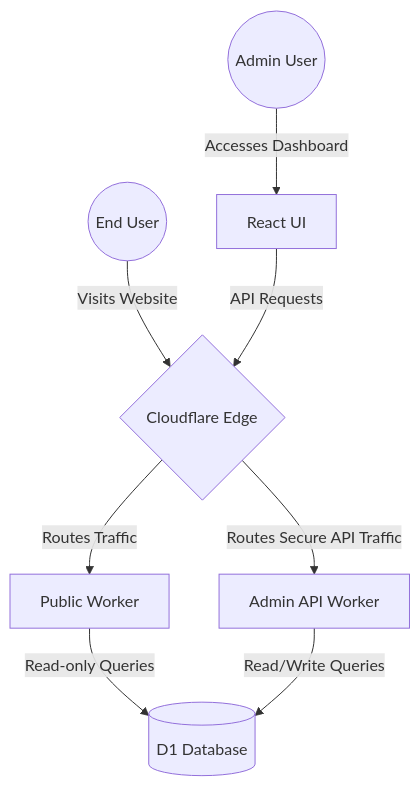
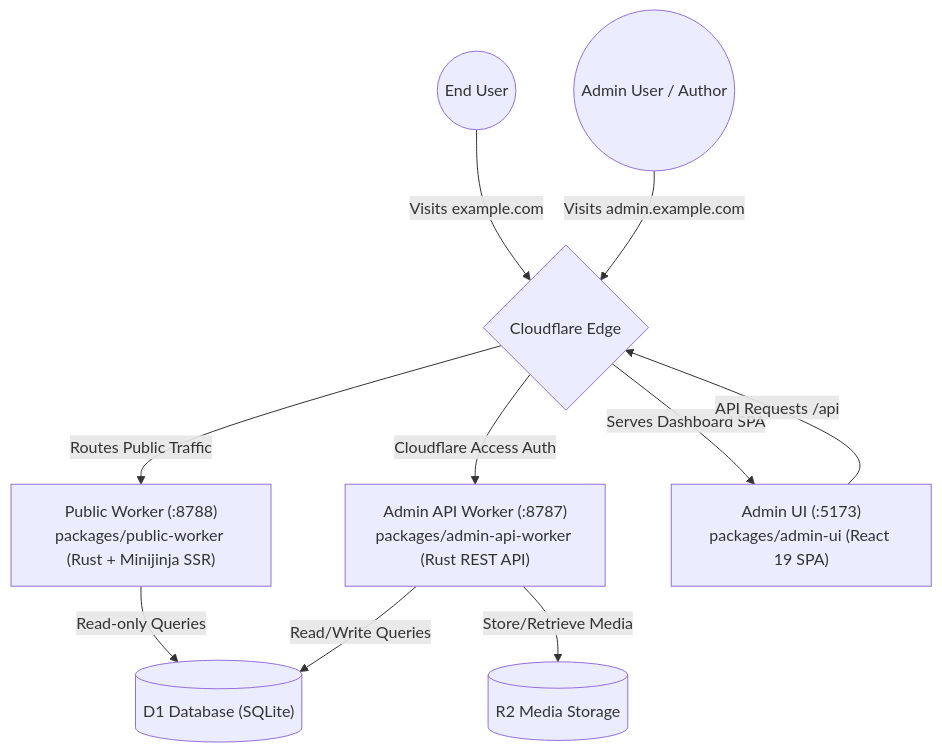
One commit to rjspencer/zygo-cms changed the diagram in docs/official/introduction.md. Above: the diagram before and after it, drawn with Mermaid. The commit also changed other lines of this file and 6 other files, not shown here.

Commit message:
docs(official): reconcile quickstart, architecture, and D1 data model

````diff
--- a/docs/official/introduction.md
+++ b/docs/official/introduction.md
@@ -34,20 +37,23 @@
 ```mermaid
 flowchart TD
     EndUser(("End User"))
-    AdminUser(("Admin User"))
+    AdminUser(("Admin User / Author"))
     
     CloudflareEdge{"Cloudflare Edge"}
-    PublicWorker["Public Worker"]
-    AdminAPIWorker["Admin API Worker"]
-    ReactUI["React UI"]
-    D1Database[("D1 Database")]
+    PublicWorker["Public Worker (:8788)\npackages/public-worker (Rust + Minijinja SSR)"]
+    AdminAPIWorker["Admin API Worker (:8787)\npackages/admin-api-worker (Rust REST API)"]
+    AdminUI["Admin UI (:5173)\npackages/admin-ui (React 19 SPA)"]
+    D1Database[("D1 Database (SQLite)")]
+    R2Storage[("R2 Media Storage")]
 
-    EndUser -->|Visits Website| CloudflareEdge
-    CloudflareEdge -->|Routes Traffic| PublicWorker
+    EndUser -->|Visits example.com| CloudflareEdge
+    CloudflareEdge -->|Routes Public Traffic| PublicWorker
     PublicWorker -->|Read-only Queries| D1Database
 
-    AdminUser -->|Accesses Dashboard| ReactUI
-    ReactUI -->|API Requests| CloudflareEdge
-    CloudflareEdge -->|Routes Secure API Traffic| AdminAPIWorker
+    AdminUser -->|Visits admin.example.com| CloudflareEdge
+    CloudflareEdge -->|Serves Dashboard SPA| AdminUI
+    AdminUI -->|API Requests /api| CloudflareEdge
+    CloudflareEdge -->|Cloudflare Access Auth| AdminAPIWorker
     AdminAPIWorker -->|Read/Write Queries| D1Database
+    AdminAPIWorker -->|Store/Retrieve Media| R2Storage
 ```
````
